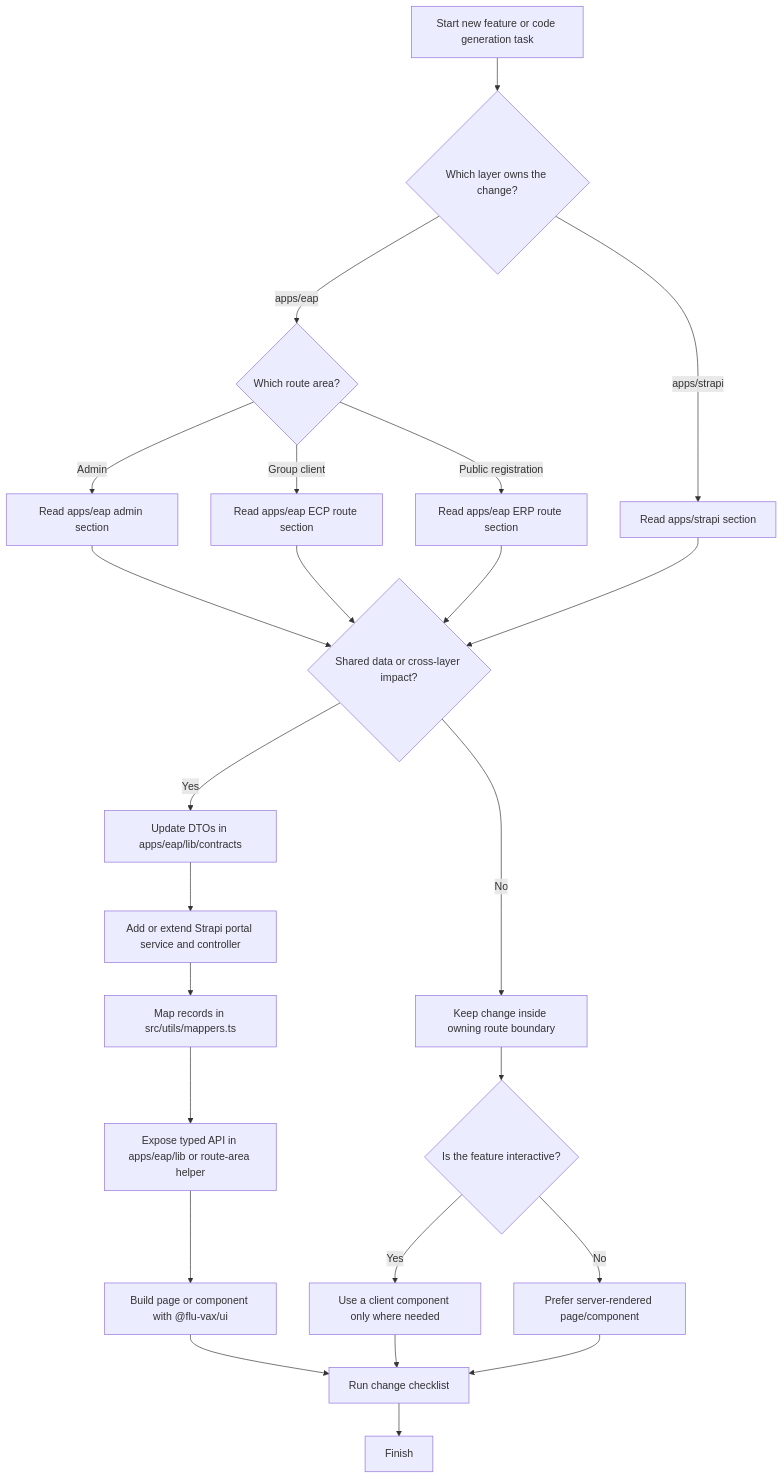
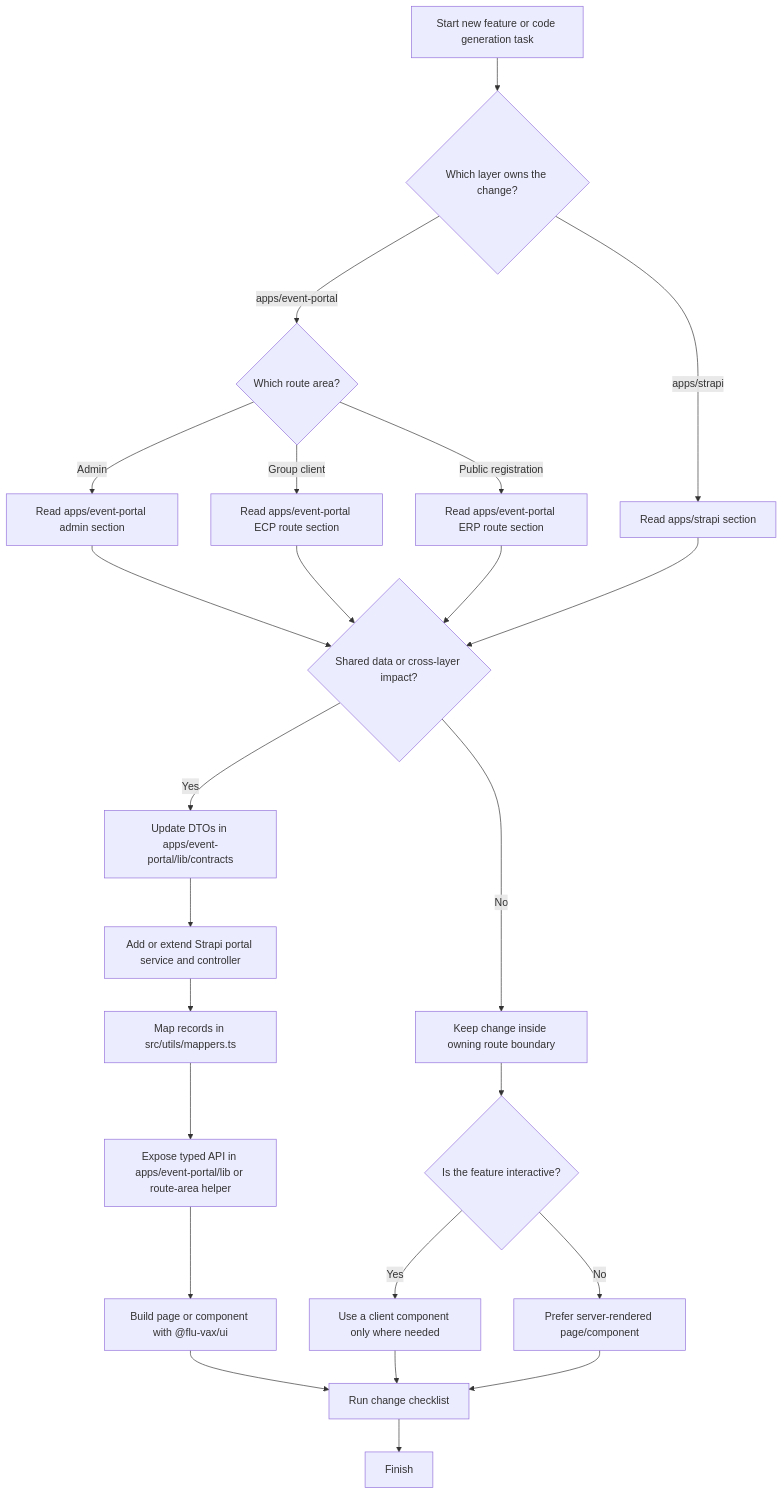
Before and after one commit to lokmannicholas/event-portal: the diagram in docs/code-generation-guidelines.md, drawn with Mermaid. The commit also changed other lines of this file and 135 other files, not shown here.

Commit message:
update erp eap ecp

````diff
--- a/docs/code-generation-guidelines.md
+++ b/docs/code-generation-guidelines.md
@@ -29,26 +29,26 @@
 ```mermaid
 flowchart TD
     A[Start new feature or code generation task] --> B{Which layer owns the change?}
-    B -->|apps/eap| C{Which route area?}
+    B -->|apps/event-portal| C{Which route area?}
     B -->|apps/strapi| F[Read apps/strapi section]
-    C -->|Admin| D[Read apps/eap admin section]
-    C -->|Group client| E[Read apps/eap ECP route section]
-    C -->|Public registration| G[Read apps/eap ERP route section]
+    C -->|Admin| D[Read apps/event-portal admin section]
+    C -->|Group client| E[Read apps/event-portal ECP route section]
+    C -->|Public registration| G[Read apps/event-portal ERP route section]
     D --> H{Shared data or cross-layer impact?}
     E --> H
     G --> H
     F --> H
-    H -->|Yes| I[Update DTOs in apps/eap/lib/contracts]
+    H -->|Yes| I[Update DTOs in apps/event-portal/lib/contracts]
     H -->|No| J[Keep change inside owning route boundary]
     I --> K[Add or extend Strapi portal service and controller]
     K --> L[Map records in src/utils/mappers.ts]
-    L --> M[Expose typed API in apps/eap/lib or route-area helper]
+    L --> M[Expose typed API in apps/event-portal/lib or route-area helper]
     M --> N[Build page or component with @flu-vax/ui]
     J --> O{Is the feature interactive?}
     O -->|Yes| P[Use a client component only where needed]
     O -->|No| Q[Prefer server-rendered page/component]
     N --> R[Run change checklist]
     P --> R
     Q --> R
     R --> S[Finish]
 ```
````
